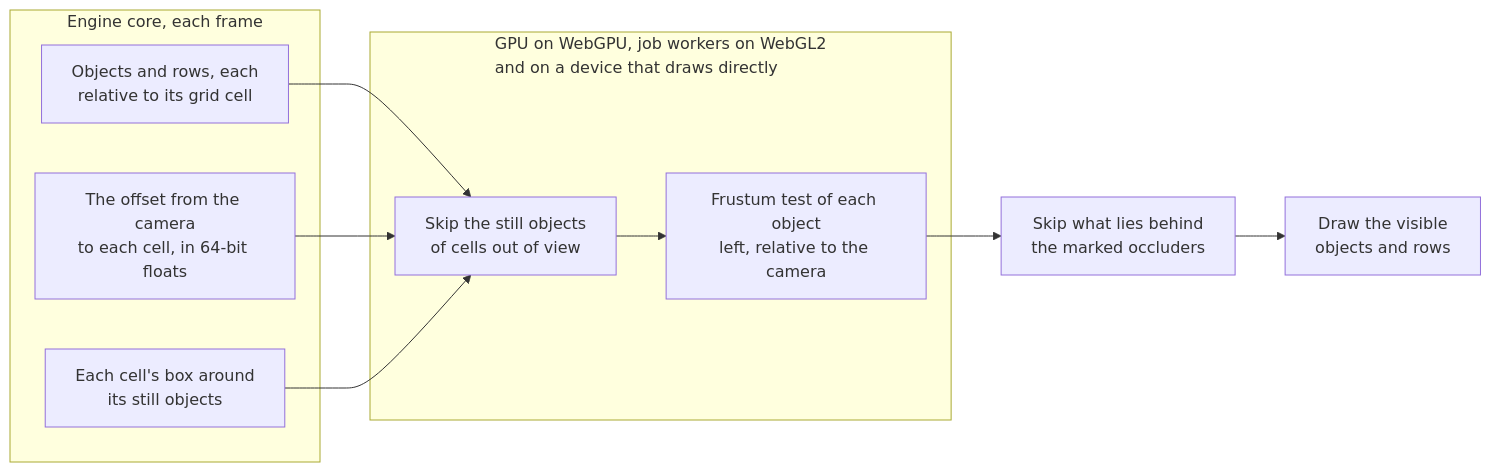
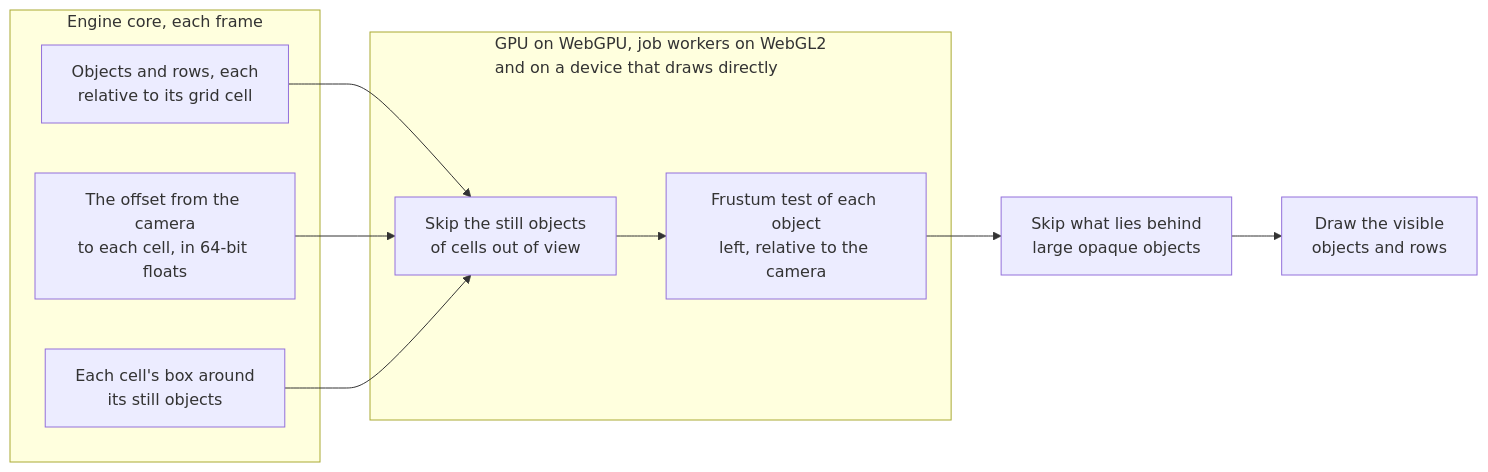
One commit to null3d-engine/null3d changed the first of 2 diagrams in docs/concepts/culling.md. Above: the diagram before and after it, drawn with Mermaid. The commit also changed other lines of this file and 44 other files, not shown here.

````diff
--- a/docs/concepts/culling.md
+++ b/docs/concepts/culling.md
@@ -13,18 +13,18 @@
 ```mermaid
 flowchart LR
     subgraph core["Engine core, each frame"]
         cells["Objects and rows, each<br/>relative to its grid cell"]
         offsets["The offset from the camera<br/>to each cell, in 64-bit floats"]
         boxes["Each cell's box around<br/>its still objects"]
     end
     subgraph test["GPU on WebGPU, job workers on WebGL2<br/>and on a device that draws directly"]
         skip["Skip the still objects<br/>of cells out of view"]
         cull["Frustum test of each object<br/>left, relative to the camera"]
     end
     cells --> skip
     offsets --> skip
     boxes --> skip
     skip --> cull
-    cull --> occlude["Skip what lies behind<br/>the marked occluders"]
+    cull --> occlude["Skip what lies behind<br/>large opaque objects"]
     occlude --> draw["Draw the visible<br/>objects and rows"]
 ```
````
